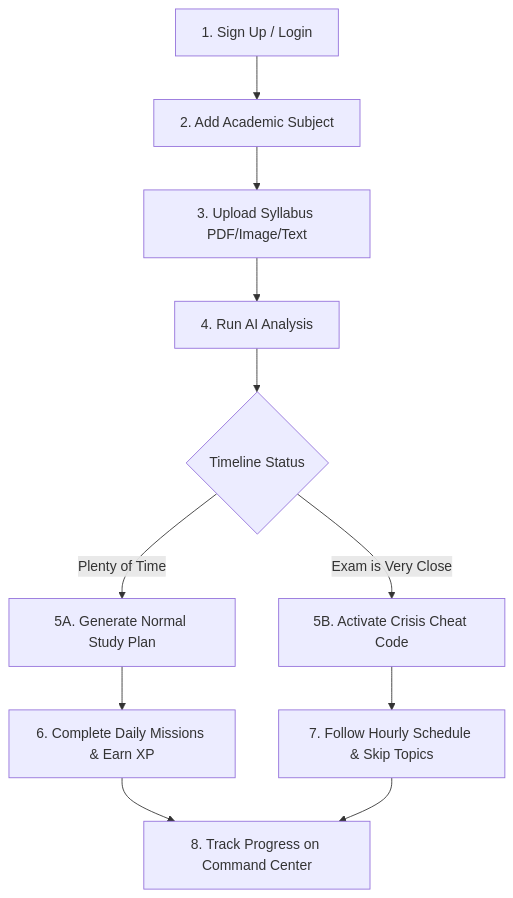
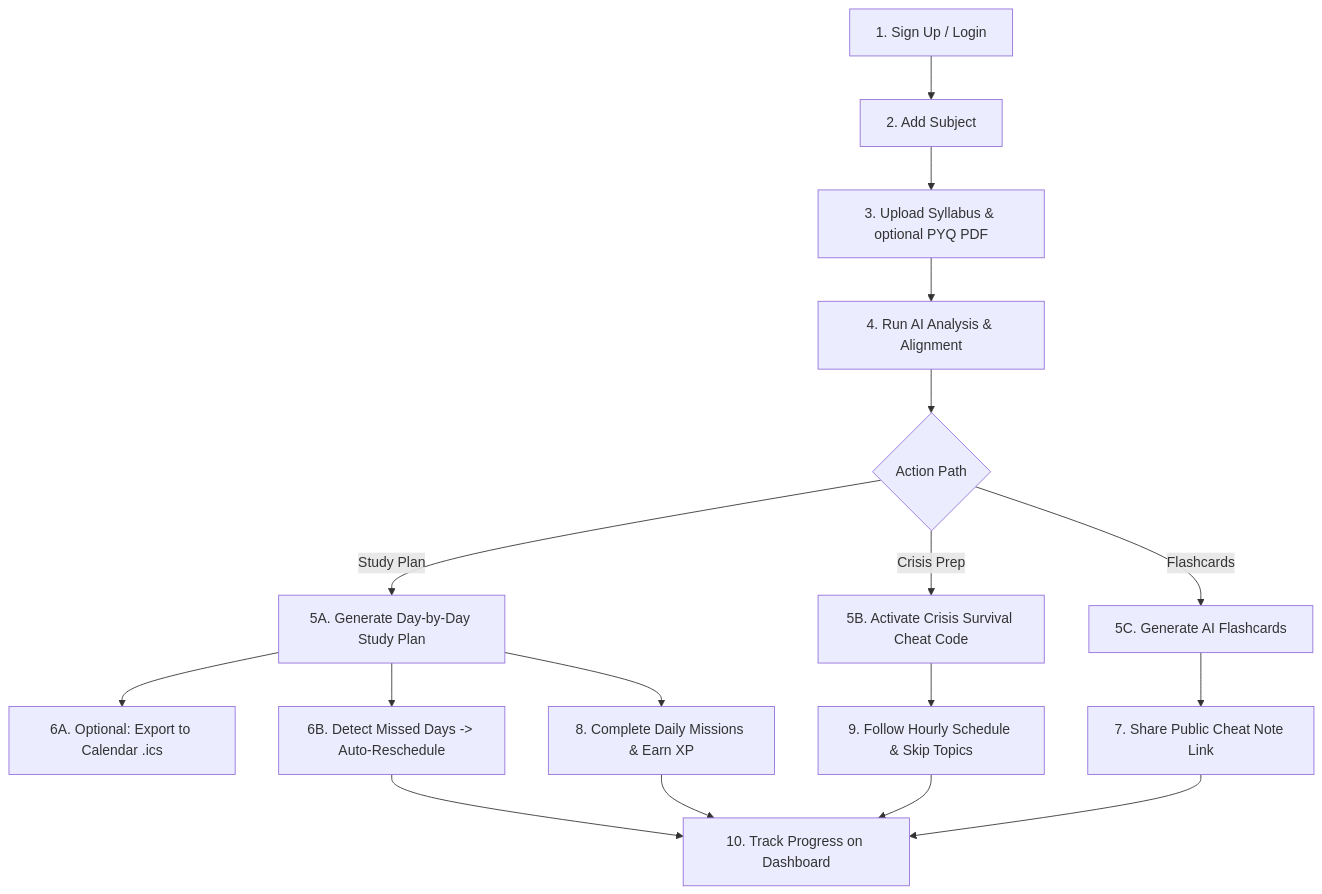
Before and after one commit to SakshamChaurasiya/Topiq-Smart_Syllabus_Planner_and_Exam_Prep: the diagram in FEATURES.md, drawn with Mermaid. The commit also changed other lines of this file and 1 other file, not shown here.

````diff
--- a/FEATURES.md
+++ b/FEATURES.md
@@ -100,13 +126,19 @@
 ```mermaid
 graph TD
-    A[1. Sign Up / Login] --> B[2. Add Academic Subject]
-    B --> C[3. Upload Syllabus PDF/Image/Text]
-    C --> D[4. Run AI Analysis]
-    D --> E{Timeline Status}
-    E -->|Plenty of Time| F[5A. Generate Normal Study Plan]
-    E -->|Exam is Very Close| G[5B. Activate Crisis Cheat Code]
-    F --> H[6. Complete Daily Missions & Earn XP]
-    G --> I[7. Follow Hourly Schedule & Skip Topics]
-    H --> J[8. Track Progress on Command Center]
+    A[1. Sign Up / Login] --> B[2. Add Subject]
+    B --> C[3. Upload Syllabus & optional PYQ PDF]
+    C --> D[4. Run AI Analysis & Alignment]
+    D --> E{Action Path}
+    E -->|Study Plan| F[5A. Generate Day-by-Day Study Plan]
+    E -->|Crisis Prep| G[5B. Activate Crisis Survival Cheat Code]
+    E -->|Flashcards| K[5C. Generate AI Flashcards]
+    F --> L[6A. Optional: Export to Calendar .ics]
+    F --> M[6B. Detect Missed Days -> Auto-Reschedule]
+    K --> N[7. Share Public Cheat Note Link]
+    F --> H[8. Complete Daily Missions & Earn XP]
+    G --> I[9. Follow Hourly Schedule & Skip Topics]
+    H --> J[10. Track Progress on Dashboard]
     I --> J
+    M --> J
+    N --> J
 ```
````
